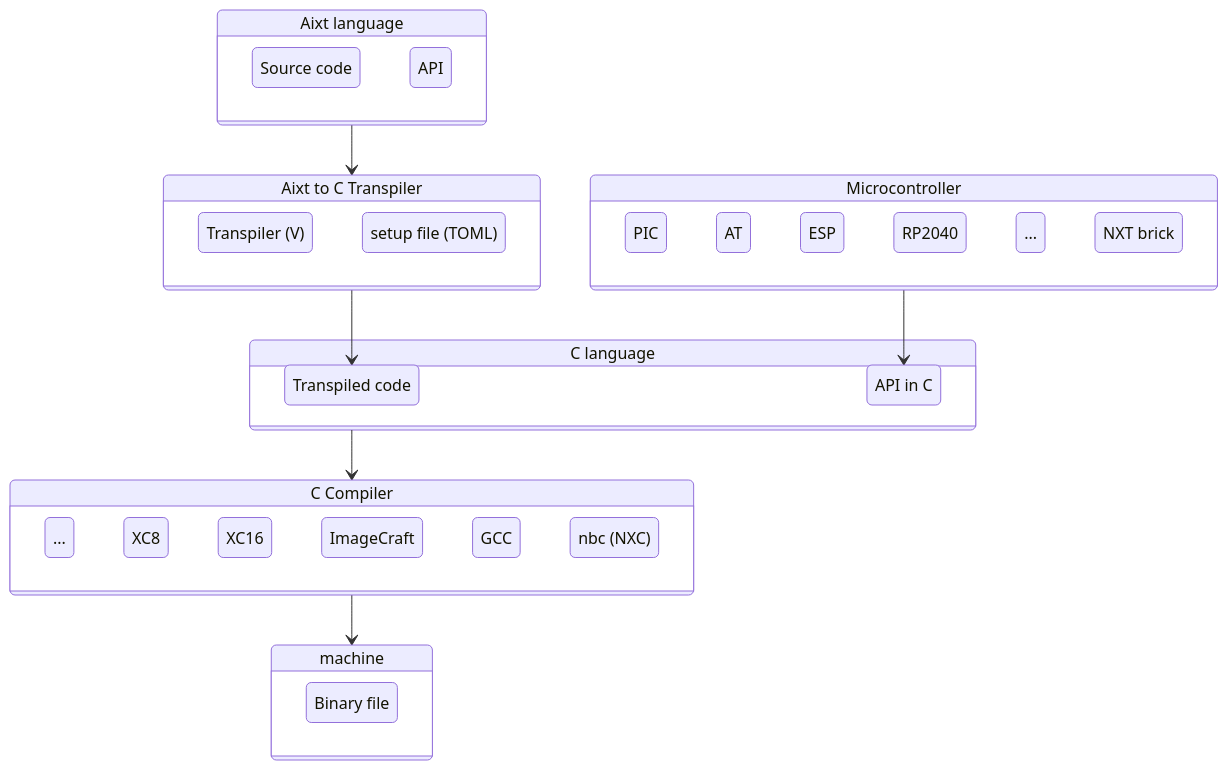
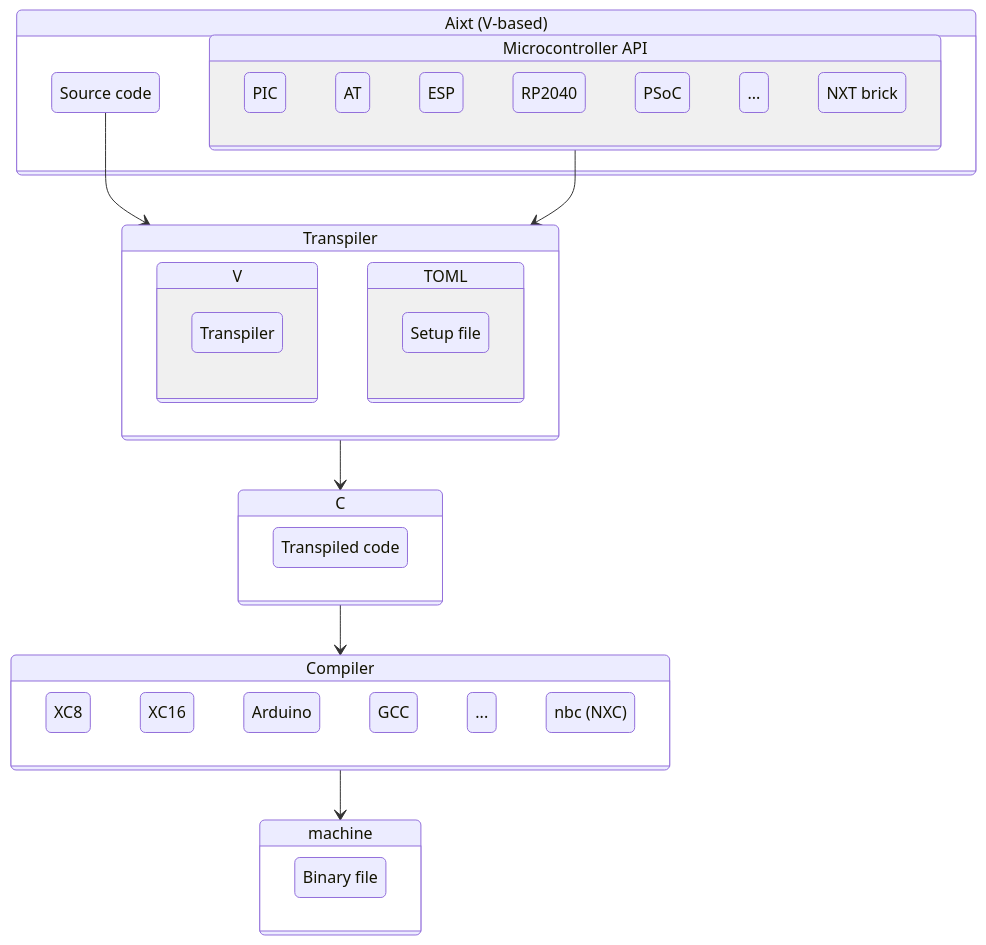
The diagram in README.md (fermarsan/aixt), drawn with Mermaid before and after one commit. The commit also changed 1 other file, not shown here.

Commit message:
diagram updated

````diff
--- a/README.md
+++ b/README.md
@@ -14,52 +14,56 @@
 ```mermaid
 stateDiagram-v2
 
-    Aixt: Aixt language
+    Aixt: Aixt (V-based)
     state Aixt {
         source: Source code
-        API
+
+        API: Microcontroller API    
+        state API {
+            PICs: PIC
+            ATM: AT
+            ESP
+            RP2040
+            PSoC
+            others2: ...
+            NXT: NXT brick
+        }
     }
 
-    Aixt2C: Aixt to C Transpiler
+
+
+    Aixt2C: Transpiler
     state Aixt2C {
-        Transpiler: Transpiler (V)
-        setup: setup file (TOML)
+        state V {
+            Transpiler: Transpiler
+        }
+        
+        state TOML {
+            setup: Setup file
+        }
     }
 
-    C: C language
+    C: C
     state C {
         Tr_Code: Transpiled code
-        API_C: API in C
     }
 
-    state Microcontroller {
-        PICs: PIC
-        ATM: AT
-        ESP
-        RP2040
-        others2: ...
-        NXT: NXT brick
-    }
-
-    C_Compiler: C Compiler
-    state C_Compiler {
-        others: ...
+    state Compiler {
         XC8
         XC16
-        ImageCraft
+        Arduino
         GCC
-        others
+        others: ...
         nbc: nbc (NXC)
     }
 
-    machine
     state machine {
         BF: Binary file
     }
 
-    Aixt    --> Aixt2C
-    Aixt2C  --> Tr_Code
-    C       --> C_Compiler
-    C_Compiler  --> machine
-    Microcontroller --> API_C
+    source --> Aixt2C
+    API --> Aixt2C
+    Aixt2C --> C
+    C --> Compiler
+    Compiler --> machine
 ```
````
